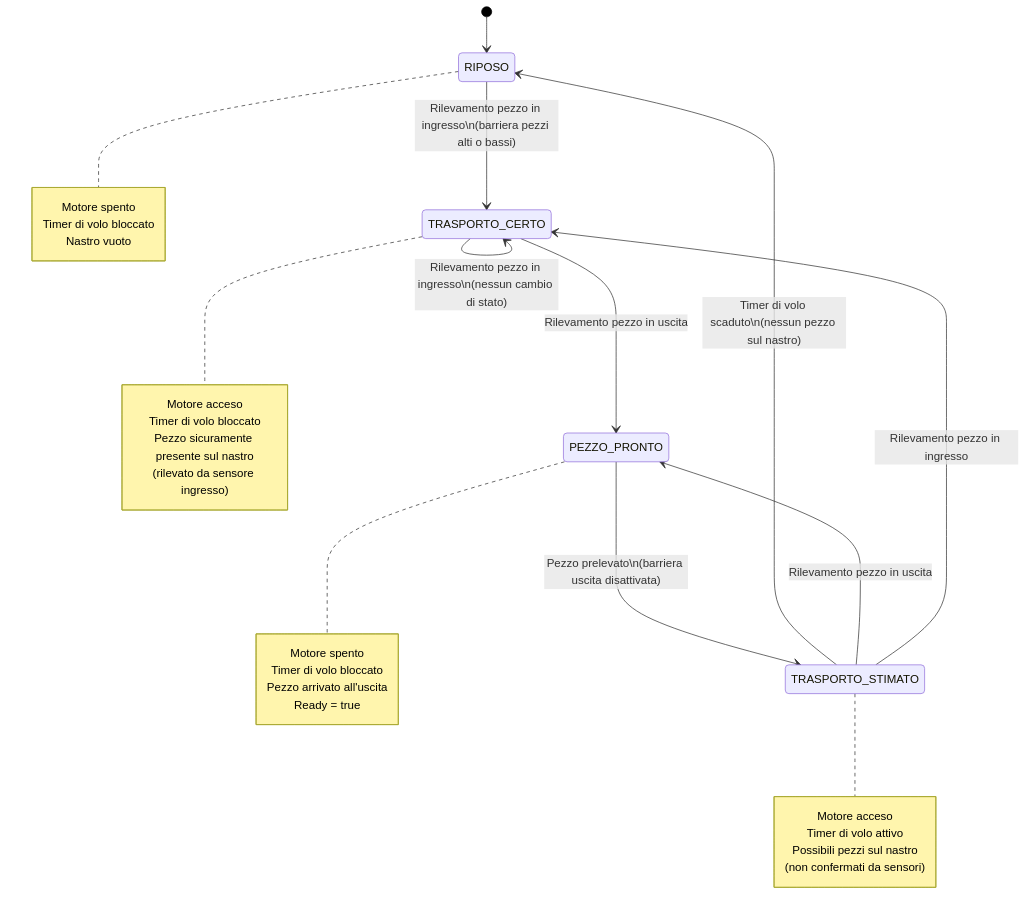
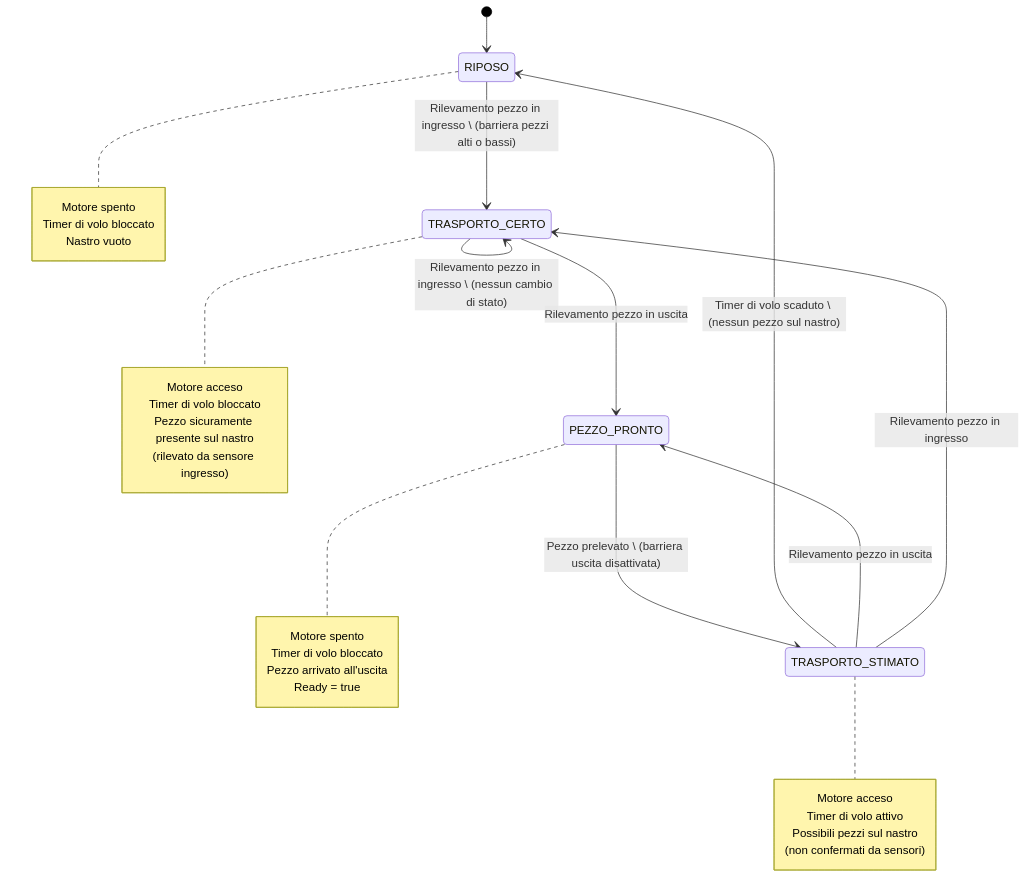
The diagram in nastro.md (sebastianomelita/ArduinoBareMetal), drawn with Mermaid before and after one commit.

````diff
--- a/nastro.md
+++ b/nastro.md
@@ -42,40 +42,40 @@
 ```mermaid
 %%{init: {'theme': 'default', 'themeVariables': { 'primaryColor': '#ffffff', 'primaryTextColor': '#000000', 'primaryBorderColor': '#000000', 'lineColor': '#000000', 'secondaryColor': '#f4f4f4', 'tertiaryColor': '#ffffff' }}}%%
 stateDiagram-v2
     [*] --> RIPOSO
     
-    RIPOSO --> TRASPORTO_CERTO: Rilevamento pezzo in ingresso\n(barriera pezzi alti o bassi)
+    RIPOSO --> TRASPORTO_CERTO: Rilevamento pezzo in ingresso \ (barriera pezzi alti o bassi)
     TRASPORTO_CERTO --> PEZZO_PRONTO: Rilevamento pezzo in uscita
-    TRASPORTO_CERTO --> TRASPORTO_CERTO: Rilevamento pezzo in ingresso\n(nessun cambio di stato)
-    PEZZO_PRONTO --> TRASPORTO_STIMATO: Pezzo prelevato\n(barriera uscita disattivata)
-    TRASPORTO_STIMATO --> RIPOSO: Timer di volo scaduto\n(nessun pezzo sul nastro)
+    TRASPORTO_CERTO --> TRASPORTO_CERTO: Rilevamento pezzo in ingresso \ (nessun cambio di stato)
+    PEZZO_PRONTO --> TRASPORTO_STIMATO: Pezzo prelevato \ (barriera uscita disattivata)
+    TRASPORTO_STIMATO --> RIPOSO: Timer di volo scaduto \ (nessun pezzo sul nastro)
     TRASPORTO_STIMATO --> PEZZO_PRONTO: Rilevamento pezzo in uscita
     TRASPORTO_STIMATO --> TRASPORTO_CERTO: Rilevamento pezzo in ingresso
     
     note right of RIPOSO
         Motore spento
         Timer di volo bloccato
         Nastro vuoto
     end note
     
     note right of TRASPORTO_CERTO
         Motore acceso
         Timer di volo bloccato
         Pezzo sicuramente presente sul nastro
         (rilevato da sensore ingresso)
     end note
     
     note right of PEZZO_PRONTO
         Motore spento
         Timer di volo bloccato
         Pezzo arrivato all'uscita
         Ready = true
     end note
     
     note right of TRASPORTO_STIMATO
         Motore acceso
         Timer di volo attivo
         Possibili pezzi sul nastro
         (non confermati da sensori)
     end note
 ```
````
